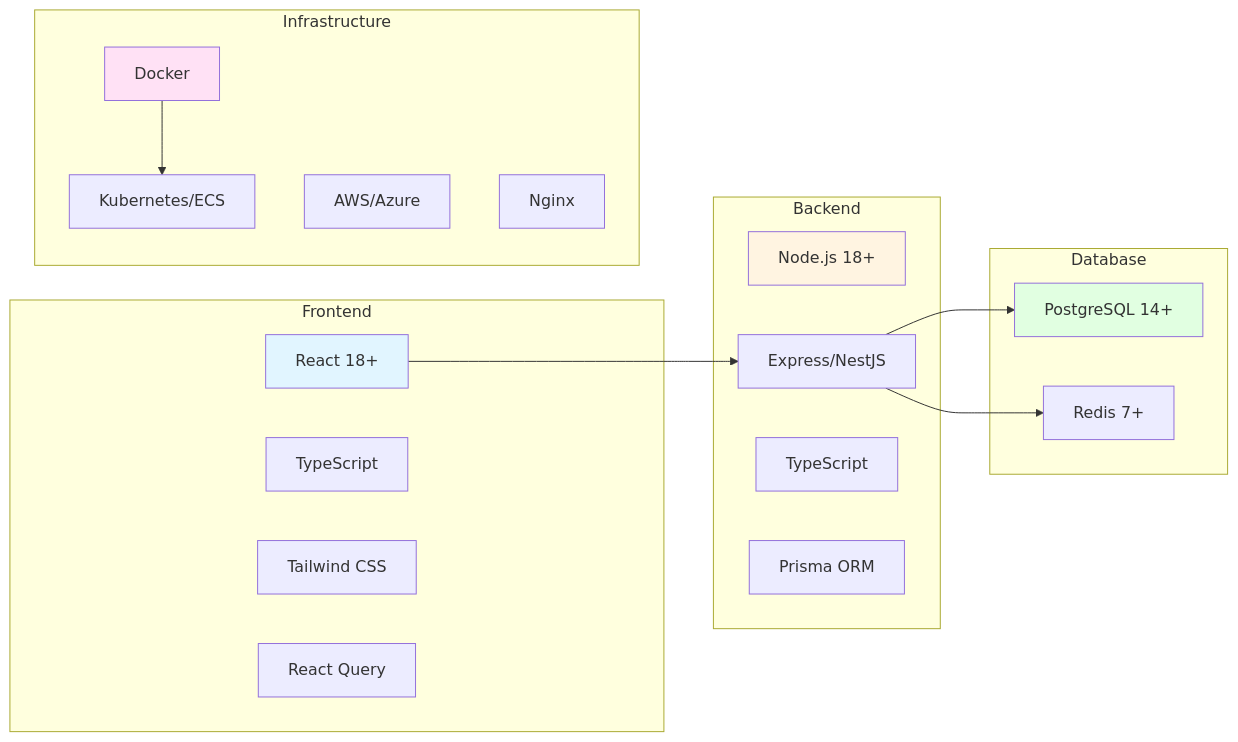
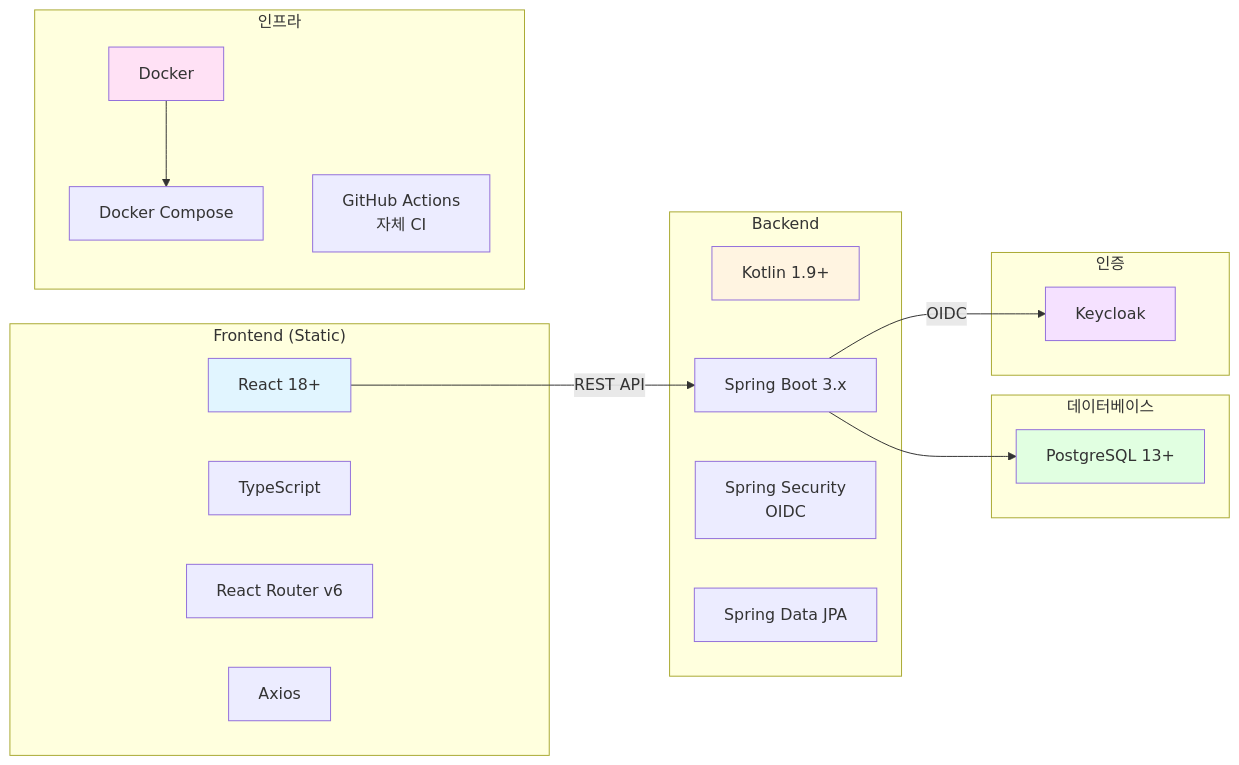
The fourth of 12 diagrams in docs/hld/architecture.md (kost0806/ci-hub), drawn with Mermaid before and after one commit. The commit also changed other lines of this file and 6 other files, not shown here.

````diff
--- a/docs/hld/architecture.md
+++ b/docs/hld/architecture.md
@@ -142,38 +142,41 @@
 ```mermaid
 graph LR
-    subgraph "Frontend"
+    subgraph "Frontend (Static)"
         F1[React 18+]
         F2[TypeScript]
-        F3[Tailwind CSS]
-        F4[React Query]
+        F3[React Router v6]
+        F4[Axios]
     end
 
     subgraph "Backend"
-        B1[Node.js 18+]
-        B2[Express/NestJS]
-        B3[TypeScript]
-        B4[Prisma ORM]
+        B1[Kotlin 1.9+]
+        B2[Spring Boot 3.x]
+        B3[Spring Security<br/>OIDC]
+        B4[Spring Data JPA]
     end
 
-    subgraph "Database"
-        D1[PostgreSQL 14+]
-        D2[Redis 7+]
+    subgraph "데이터베이스"
+        D1[PostgreSQL 13+]
     end
 
-    subgraph "Infrastructure"
-        I1[Docker]
-        I2[Kubernetes/ECS]
-        I3[AWS/Azure]
-        I4[Nginx]
+    subgraph "인증"
+        A1[Keycloak]
     end
 
-    F1 --> B2
+    subgraph "인프라"
+        I1[Docker]
+        I2[Docker Compose]
+        I3[GitHub Actions<br/>자체 CI]
+    end
+
+    F1 -->|REST API| B2
     B2 --> D1
-    B2 --> D2
+    B2 -->|OIDC| A1
     I1 --> I2
 
     style F1 fill:#e1f5ff
     style B1 fill:#fff4e1
     style D1 fill:#e1ffe1
+    style A1 fill:#f5e1ff
     style I1 fill:#ffe1f5
 ```
````
